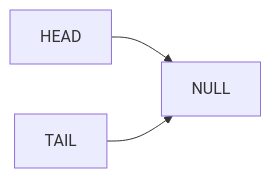
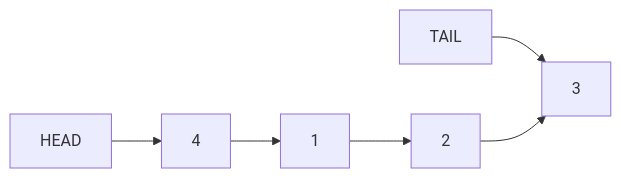
One commit to RottenKiwi2004/EGCI211 changed the diagram in MegaReview/10 Linked List.md. Above: the diagram before and after it, drawn with Mermaid. The commit also changed other lines of this file and 13 other files, not shown here.

````diff
--- a/MegaReview/10 Linked List.md
+++ b/MegaReview/10 Linked List.md
@@ -28,5 +28,7 @@
 ```mermaid
 graph LR;
-    HEAD-->NULL;
-    TAIL-->NULL;
+    HEAD-->0x04;
+    TAIL-->0x03;
+    0x01[1]-->0x02[2]-->0x03[3]
+    0x04[4]-->0x01
 ```
````
